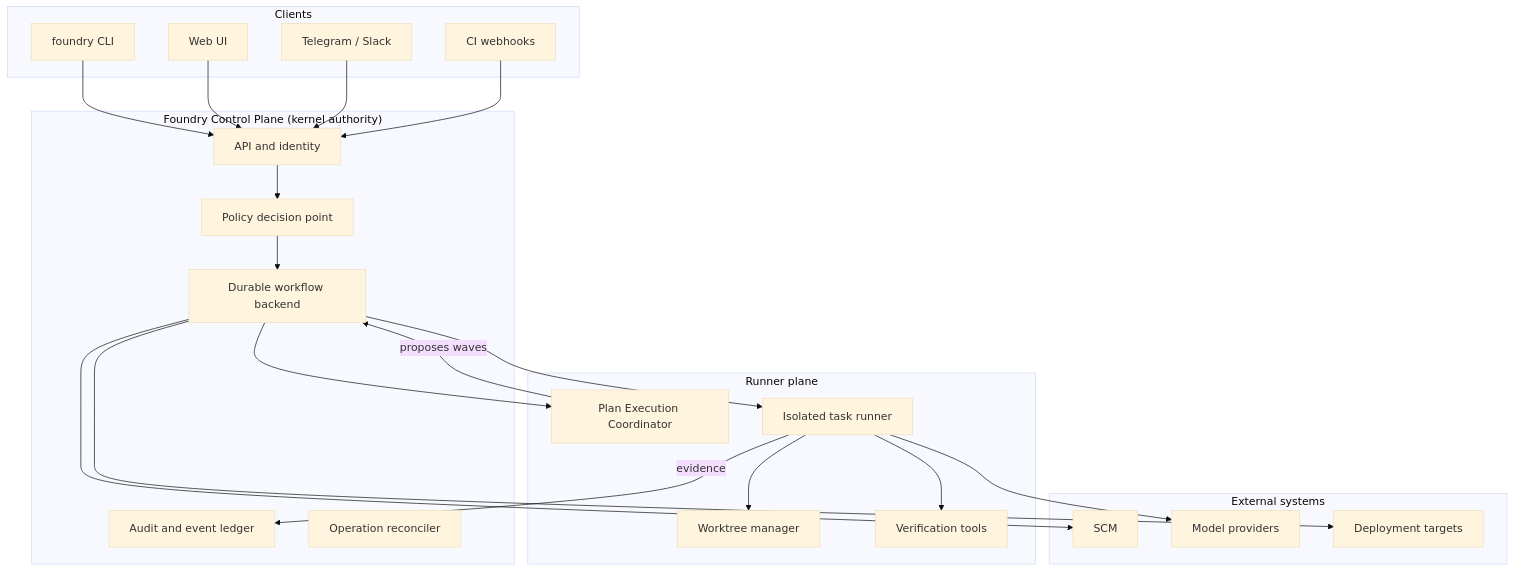
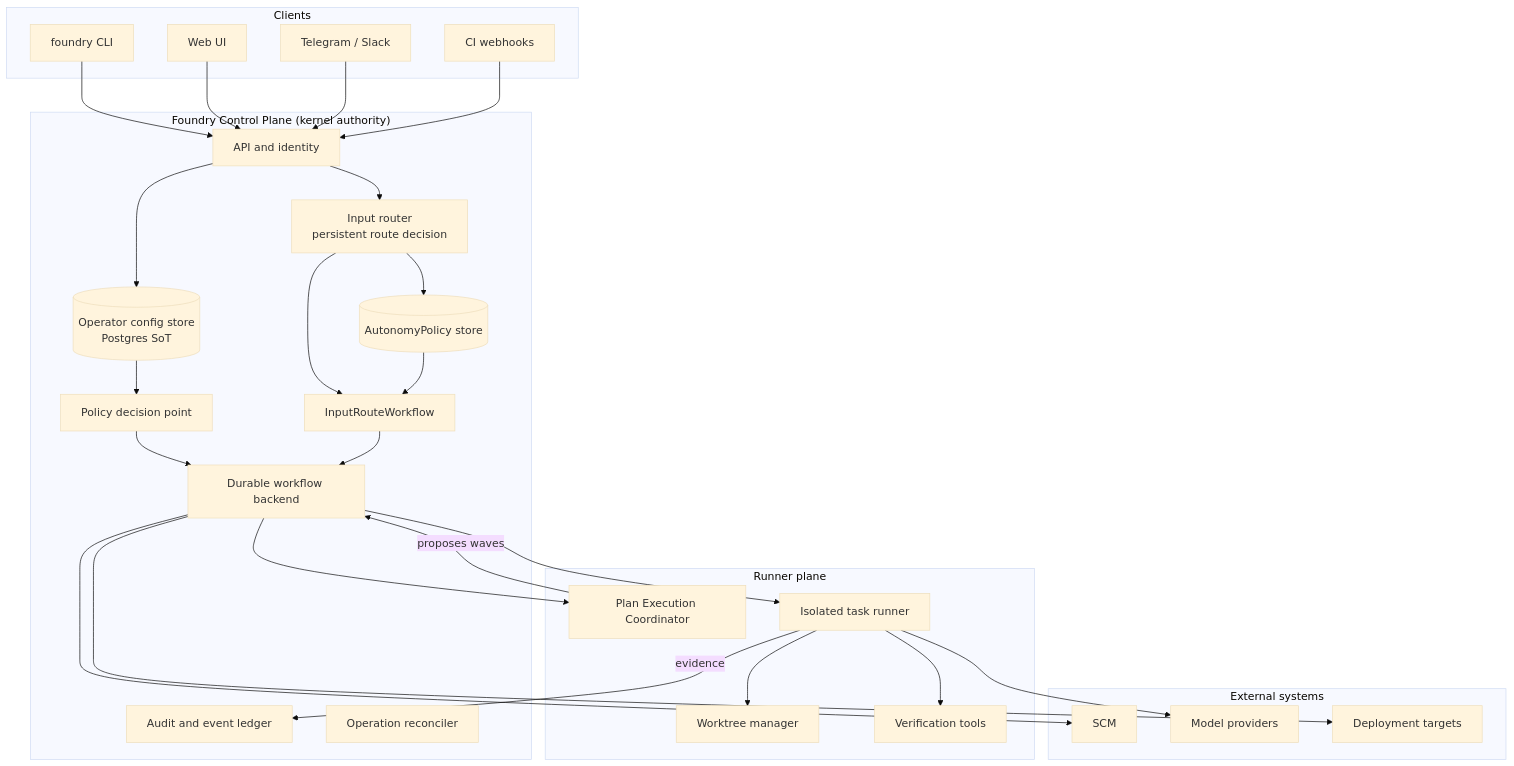
The diagram in docs/systems/delivery-foundry-control-plane.md (okfriansyah-moh/okfriansyah-moh.github.io), drawn with Mermaid (base theme) before and after one commit. The commit also changed other lines of this file and 6 other files, not shown here.

````diff
--- a/docs/systems/delivery-foundry-control-plane.md
+++ b/docs/systems/delivery-foundry-control-plane.md
@@ -99,47 +101,57 @@
 ```mermaid
 flowchart TB
   subgraph Clients
     CLI[foundry CLI]
     WEB[Web UI]
     CHAT[Telegram / Slack]
     CI[CI webhooks]
   end
 
   subgraph ControlPlane["Foundry Control Plane (kernel authority)"]
     API[API and identity]
+    ROUTER[Input router<br/>persistent route decision]
+    AUTOPOL[(AutonomyPolicy store)]
+    CFG[(Operator config store<br/>Postgres SoT)]
     POLICY[Policy decision point]
     WF[Durable workflow backend]
+    INROUTE[InputRouteWorkflow]
     LEDGER[Audit and event ledger]
     RECON[Operation reconciler]
   end
 
   subgraph RunnerPlane["Runner plane"]
     PEC[Plan Execution Coordinator]
     RUNNER[Isolated task runner]
     WORKTREE[Worktree manager]
     VERIFY[Verification tools]
   end
 
   subgraph External["External systems"]
     SCM[SCM]
     MODEL[Model providers]
     DEPLOY[Deployment targets]
   end
 
   CLI --> API
   WEB --> API
   CHAT --> API
   CI --> API
 
-  API --> POLICY
+  API --> ROUTER
+  ROUTER --> AUTOPOL
+  ROUTER --> INROUTE
+  API --> CFG
+  CFG --> POLICY
+  AUTOPOL --> INROUTE
   POLICY --> WF
+  INROUTE --> WF
   WF --> PEC
   PEC -->|proposes waves| WF
   WF --> RUNNER
   RUNNER --> WORKTREE
   RUNNER --> VERIFY
   RUNNER -->|evidence| LEDGER
   WF --> SCM
   WF --> DEPLOY
   RUNNER --> MODEL
 ```
````
